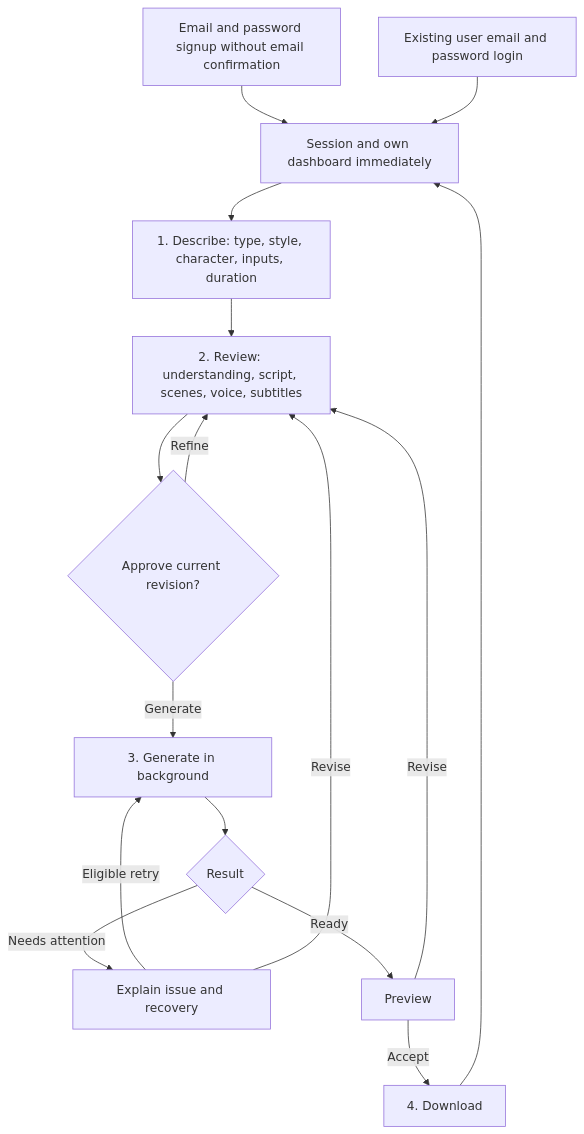
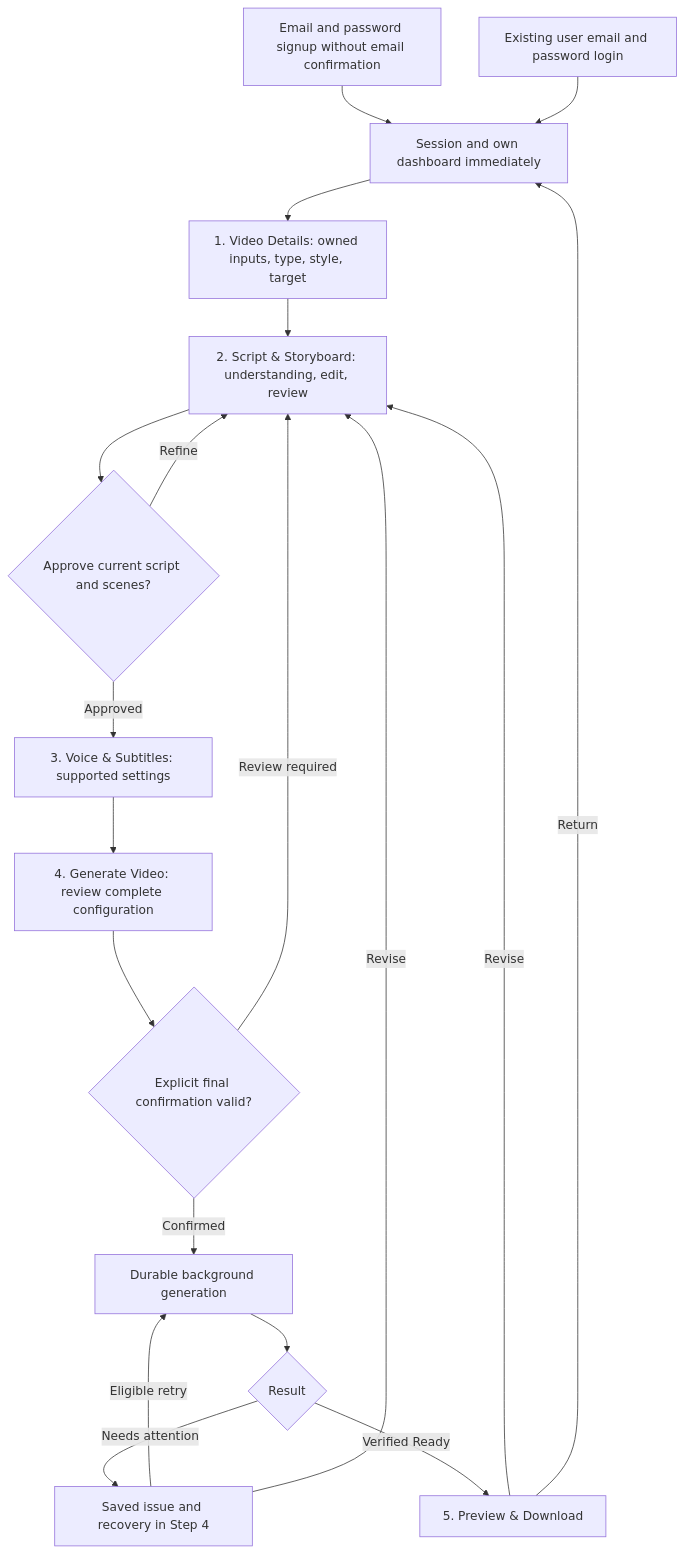
Before and after one commit to Hamdhan-Naheem/AI-video-generator: the first of 2 diagrams in docs/PRD.md, drawn with Mermaid. The commit also changed other lines of this file and 9 other files, not shown here.

````diff
--- a/docs/PRD.md
+++ b/docs/PRD.md
@@ -285,18 +293,21 @@
 ```mermaid
 flowchart TD
     A[Email and password signup without email confirmation] --> B[Session and own dashboard immediately]
     L[Existing user email and password login] --> B
-    B --> C[1. Describe: type, style, character, inputs, duration]
-    C --> D[2. Review: understanding, script, scenes, voice, subtitles]
-    D --> E{Approve current revision?}
+    B --> C[1. Video Details: owned inputs, type, style, target]
+    C --> D[2. Script & Storyboard: understanding, edit, review]
+    D --> E{Approve current script and scenes?}
     E -->|Refine| D
-    E -->|Generate| F[3. Generate in background]
-    F --> G{Result}
-    G -->|Needs attention| H[Explain issue and recovery]
-    H -->|Eligible retry| F
-    H -->|Revise| D
-    G -->|Ready| I[Preview]
-    I -->|Revise| D
-    I -->|Accept| J[4. Download]
-    J --> B
+    E -->|Approved| F[3. Voice & Subtitles: supported settings]
+    F --> G[4. Generate Video: review complete configuration]
+    G --> H{Explicit final confirmation valid?}
+    H -->|Review required| D
+    H -->|Confirmed| I[Durable background generation]
+    I --> J{Result}
+    J -->|Needs attention| K[Saved issue and recovery in Step 4]
+    K -->|Eligible retry| I
+    K -->|Revise| D
+    J -->|Verified Ready| M[5. Preview & Download]
+    M -->|Revise| D
+    M -->|Return| B
 ```
````
